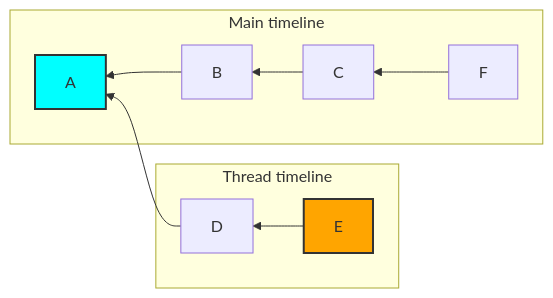
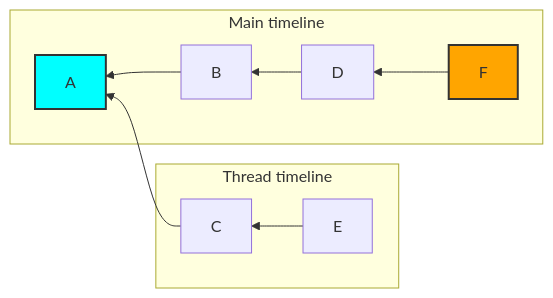
The second of 2 diagrams in proposals/3771-read-receipts-for-threads.md (matrix-org/matrix-spec-proposals), drawn with Mermaid before and after one commit. The commit also changed other lines of this file, not shown here.

Commit message:
Fix events in diagram.

````diff
--- a/proposals/3771-read-receipts-for-threads.md
+++ b/proposals/3771-read-receipts-for-threads.md
@@ -26,15 +26,15 @@
 ```mermaid
 flowchart RL
     subgraph Main timeline
-    C-->B
+    D-->B
     B-->A
-    F-->C
+    F-->D
     end
     subgraph Thread timeline
-    D-->A
-    E-->D
+    C-->A
+    E-->C
     end
 
     style A fill:cyan,stroke:#333,stroke-width:2px
-    style E fill:orange,stroke:#333,stroke-width:2px
+    style F fill:orange,stroke:#333,stroke-width:2px
 ```
````
